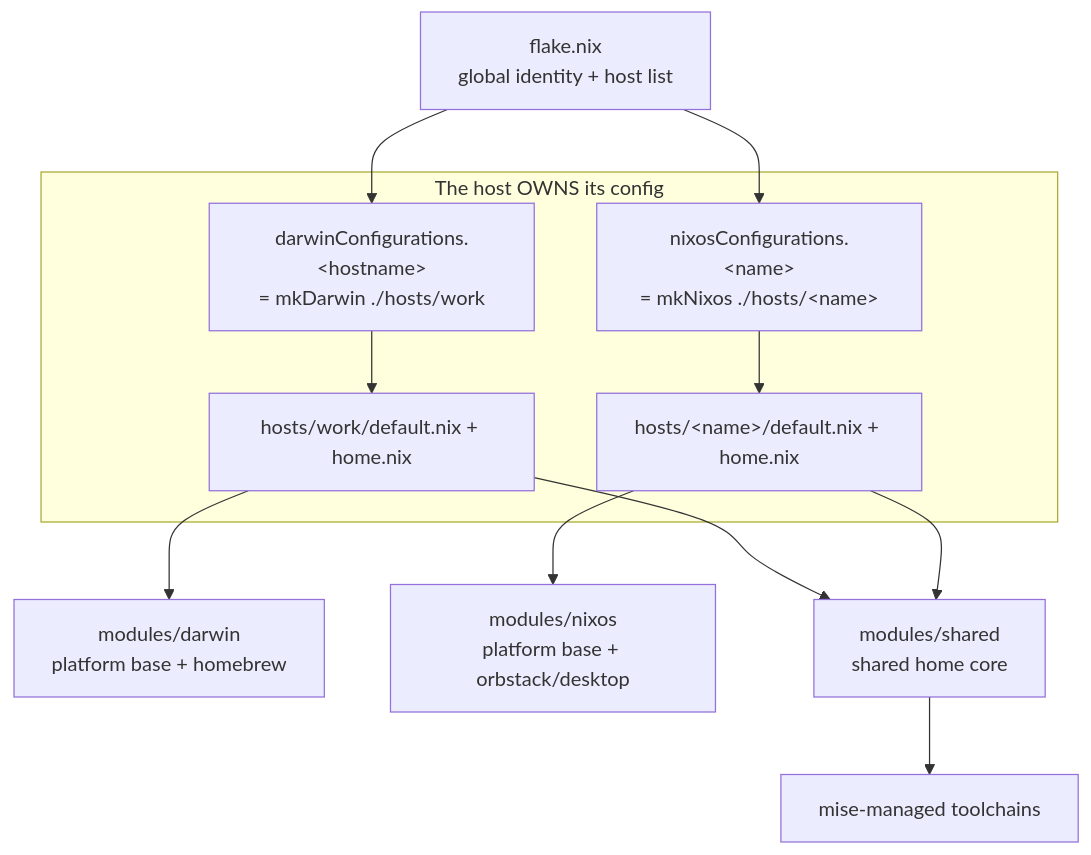
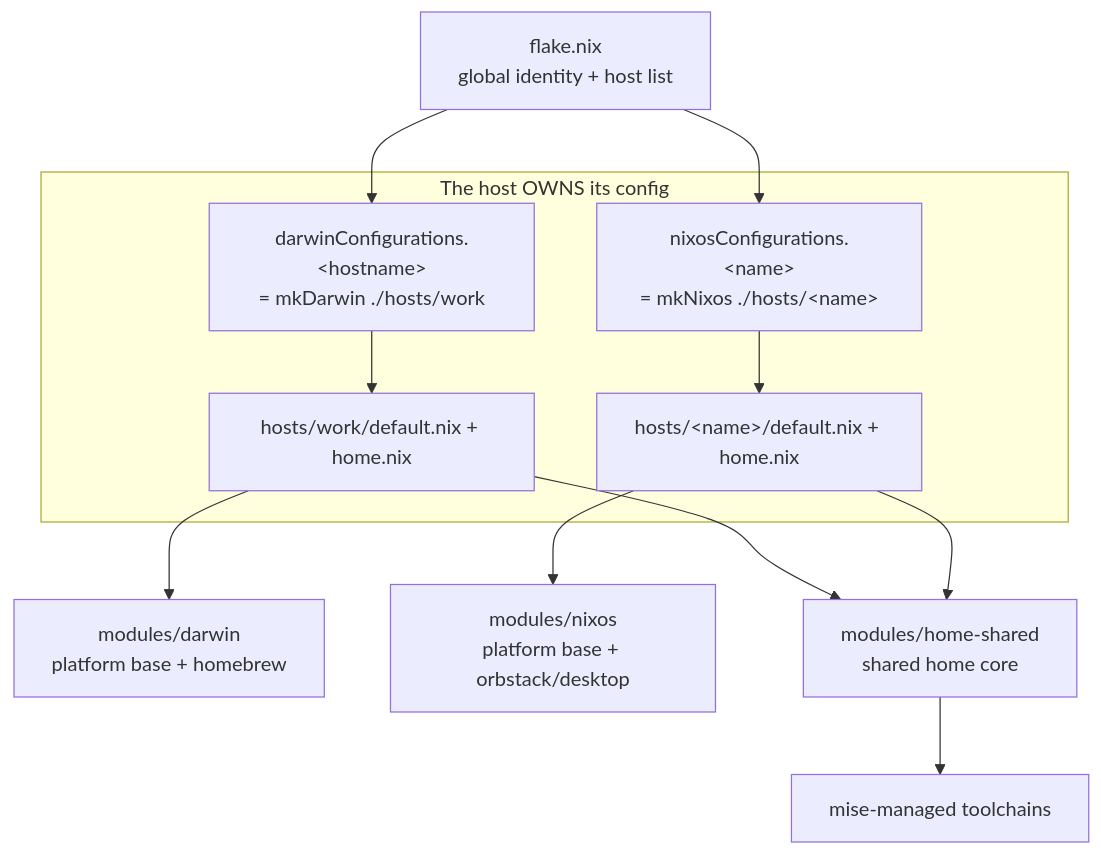
The diagram in docs/architecture.md (hahunavth/nix-config), drawn with Mermaid before and after one commit. The commit also changed other lines of this file and 42 other files, not shown here.

First line of the commit message:
refactor: rename modules/shared -> modules/home-shared

````diff
--- a/docs/architecture.md
+++ b/docs/architecture.md
@@ -7,17 +7,17 @@
 ```mermaid
 flowchart TD
   FLK[flake.nix<br/>global identity + host list]
   FLK --> DC["darwinConfigurations.&lt;hostname&gt;<br/>= mkDarwin ./hosts/work"]
   FLK --> NC["nixosConfigurations.&lt;name&gt;<br/>= mkNixos ./hosts/&lt;name&gt;"]
 
   subgraph "The host OWNS its config"
     DC --> HW1[hosts/work/default.nix + home.nix]
     NC --> HW2[hosts/&lt;name&gt;/default.nix + home.nix]
   end
 
   HW1 --> PD[modules/darwin<br/>platform base + homebrew]
   HW2 --> PN[modules/nixos<br/>platform base + orbstack/desktop]
-  HW1 --> HMS[modules/shared<br/>shared home core]
+  HW1 --> HMS[modules/home-shared<br/>shared home core]
   HW2 --> HMS
   HMS --> MISE[mise-managed toolchains]
 ```
````
